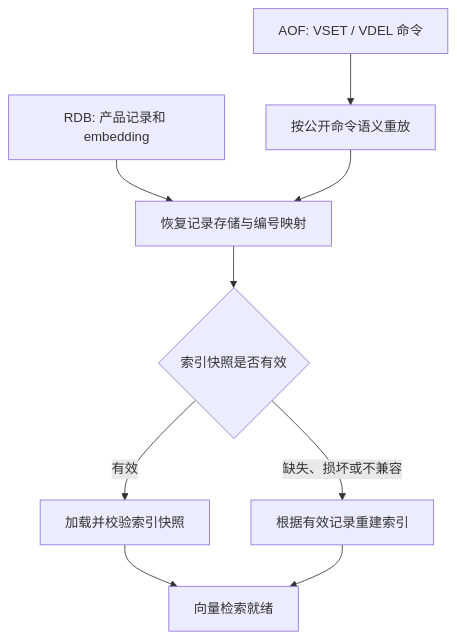
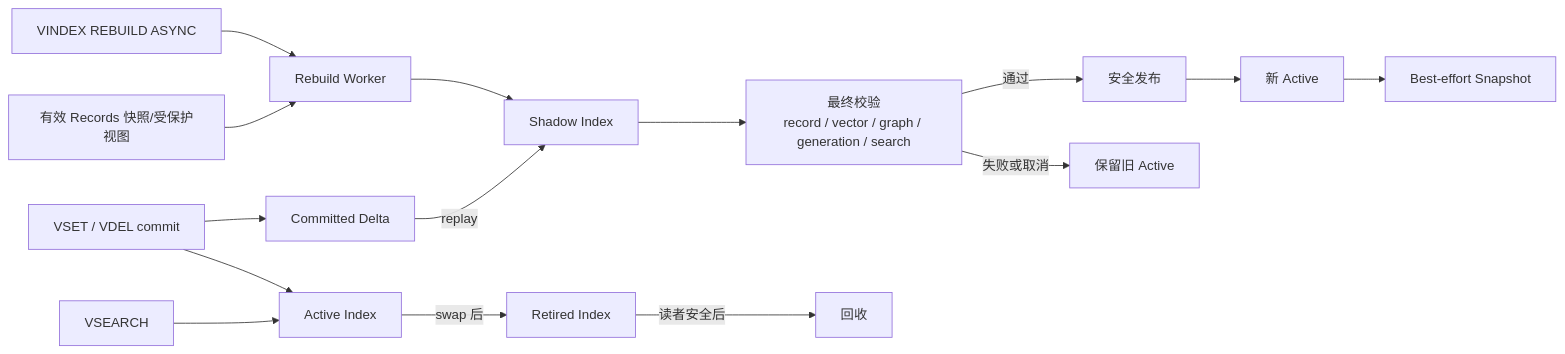
Before and after one commit to 208822032/Roven: the fourth of 4 diagrams in README.md, drawn with Mermaid. The commit also changed other lines of this file and 7 other files, not shown here.

````diff
--- a/README.md
+++ b/README.md
@@ -246,11 +306,19 @@
 ```mermaid
-flowchart TD
-    RDB[RDB: 产品记录和 embedding] --> M[恢复记录存储与编号映射]
-    AOF[AOF: VSET / VDEL 命令] --> REPLAY[按公开命令语义重放]
-    REPLAY --> M
-    M --> CHECK{索引快照是否有效}
-    CHECK -->|有效| LOAD[加载并校验索引快照]
-    CHECK -->|缺失、损坏或不兼容| BUILD[根据有效记录重建索引]
-    LOAD --> READY[向量检索就绪]
-    BUILD --> READY
+flowchart LR
+    START[VINDEX REBUILD ASYNC] --> WORKER[Rebuild Worker]
+    RECORDS[有效 Records 快照/受保护视图] --> WORKER
+    WORKER --> SHADOW[Shadow Index]
+
+    WRITE[VSET / VDEL commit] --> ACTIVE[Active Index]
+    WRITE --> DELTA[Committed Delta]
+    DELTA -->|replay| SHADOW
+
+    SEARCH[VSEARCH] --> ACTIVE
+    SHADOW --> CHECK[最终校验<br/>record / vector / graph / generation / search]
+    CHECK -->|通过| PUBLISH[安全发布]
+    CHECK -->|失败或取消| KEEP[保留旧 Active]
+    PUBLISH --> NEW[新 Active]
+    ACTIVE -->|swap 后| RETIRED[Retired Index]
+    RETIRED -->|读者安全后| RECLAIM[回收]
+    NEW --> SNAP[Best-effort Snapshot]
 ```
````
